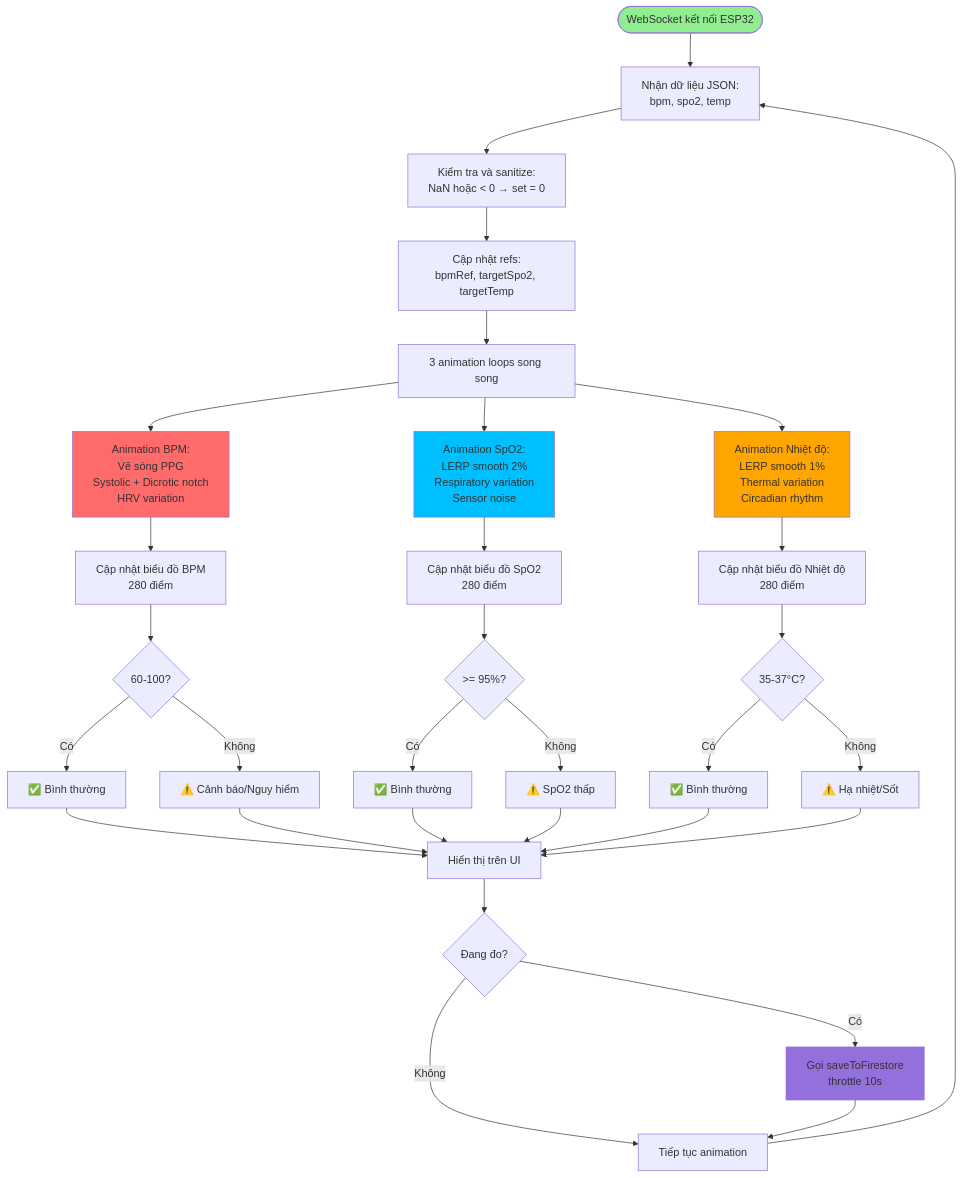
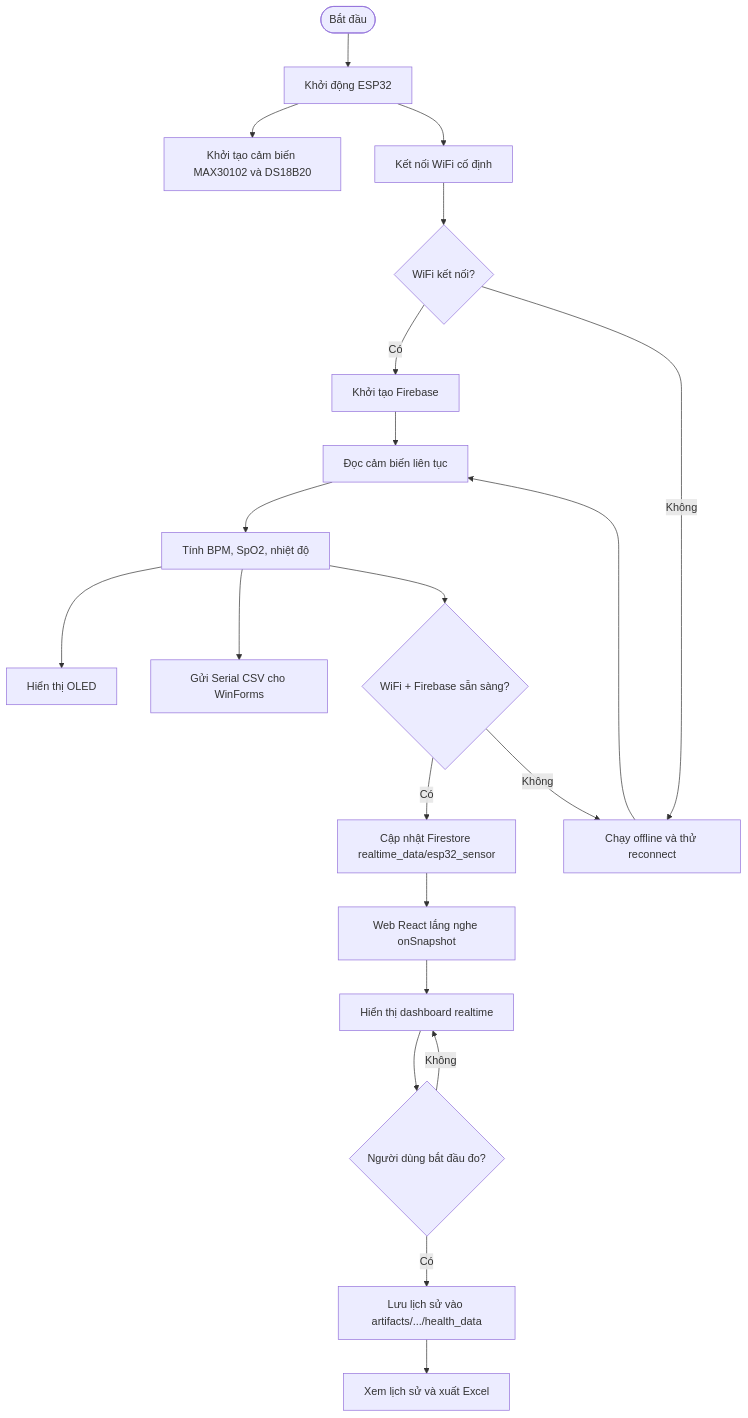
The first of 9 diagrams in LUU_DO_HE_THONG.md (DvCay/Doantotnghiep), drawn with Mermaid before and after one commit. The commit also changed other lines of this file and 12 other files, not shown here.

````diff
--- a/LUU_DO_HE_THONG.md
+++ b/LUU_DO_HE_THONG.md
@@ -223,50 +7,23 @@
 ```mermaid
 flowchart TD
-    Start([WebSocket kết nối ESP32]) --> ReceiveData[Nhận dữ liệu JSON:<br/>bpm, spo2, temp]
-    
-    ReceiveData --> ValidateData[Kiểm tra và sanitize:<br/>NaN hoặc < 0 → set = 0]
-    ValidateData --> UpdateRefs[Cập nhật refs:<br/>bpmRef, targetSpo2, targetTemp]
-    
-    UpdateRefs --> StartAnimations[3 animation loops song song]
-    
-    StartAnimations --> AnimBPM[Animation BPM:<br/>Vẽ sóng PPG<br/>Systolic + Dicrotic notch<br/>HRV variation]
-    StartAnimations --> AnimSpO2[Animation SpO2:<br/>LERP smooth 2%<br/>Respiratory variation<br/>Sensor noise]
-    StartAnimations --> AnimTemp[Animation Nhiệt độ:<br/>LERP smooth 1%<br/>Thermal variation<br/>Circadian rhythm]
-    
-    AnimBPM --> UpdateChartBPM[Cập nhật biểu đồ BPM<br/>280 điểm]
-    AnimSpO2 --> UpdateChartSpO2[Cập nhật biểu đồ SpO2<br/>280 điểm]
-    AnimTemp --> UpdateChartTemp[Cập nhật biểu đồ Nhiệt độ<br/>280 điểm]
-    
-    UpdateChartBPM --> CheckStatusBPM{60-100?}
-    UpdateChartSpO2 --> CheckStatusSpO2{>= 95%?}
-    UpdateChartTemp --> CheckStatusTemp{35-37°C?}
-    
-    CheckStatusBPM -->|Có| NormalBPM[✅ Bình thường]
-    CheckStatusBPM -->|Không| AlertBPM[⚠️ Cảnh báo/Nguy hiểm]
-    
-    CheckStatusSpO2 -->|Có| NormalSpO2[✅ Bình thường]
-    CheckStatusSpO2 -->|Không| AlertSpO2[⚠️ SpO2 thấp]
-    
-    CheckStatusTemp -->|Có| NormalTemp[✅ Bình thường]
-    CheckStatusTemp -->|Không| AlertTemp[⚠️ Hạ nhiệt/Sốt]
-    
-    NormalBPM --> DisplayUI[Hiển thị trên UI]
-    AlertBPM --> DisplayUI
-    NormalSpO2 --> DisplayUI
-    AlertSpO2 --> DisplayUI
-    NormalTemp --> DisplayUI
-    AlertTemp --> DisplayUI
-    
-    DisplayUI --> CheckMeasuring{Đang đo?}
-    CheckMeasuring -->|Có| CallSaveFirebase[Gọi saveToFirestore<br/>throttle 10s]
-    CheckMeasuring -->|Không| ContinueLoop[Tiếp tục animation]
-    
-    CallSaveFirebase --> ContinueLoop
-    ContinueLoop --> ReceiveData
-    
-    style Start fill:#90EE90
-    style AnimBPM fill:#FF6B6B
-    style AnimSpO2 fill:#00BFFF
-    style AnimTemp fill:#FFA500
-    style CallSaveFirebase fill:#9370DB
+    A([Bắt đầu]) --> B[Khởi động ESP32]
+    B --> C[Khởi tạo cảm biến MAX30102 và DS18B20]
+    B --> D[Kết nối WiFi cố định]
+    D --> E{WiFi kết nối?}
+    E -->|Có| F[Khởi tạo Firebase]
+    E -->|Không| G[Chạy offline và thử reconnect]
+    F --> H[Đọc cảm biến liên tục]
+    G --> H
+    H --> I[Tính BPM, SpO2, nhiệt độ]
+    I --> J[Hiển thị OLED]
+    I --> K[Gửi Serial CSV cho WinForms]
+    I --> L{WiFi + Firebase sẵn sàng?}
+    L -->|Có| M[Cập nhật Firestore realtime_data/esp32_sensor]
+    L -->|Không| G
+    M --> N[Web React lắng nghe onSnapshot]
+    N --> O[Hiển thị dashboard realtime]
+    O --> P{Người dùng bắt đầu đo?}
+    P -->|Có| Q[Lưu lịch sử vào artifacts/.../health_data]
+    P -->|Không| O
+    Q --> R[Xem lịch sử và xuất Excel]
 ```
````
